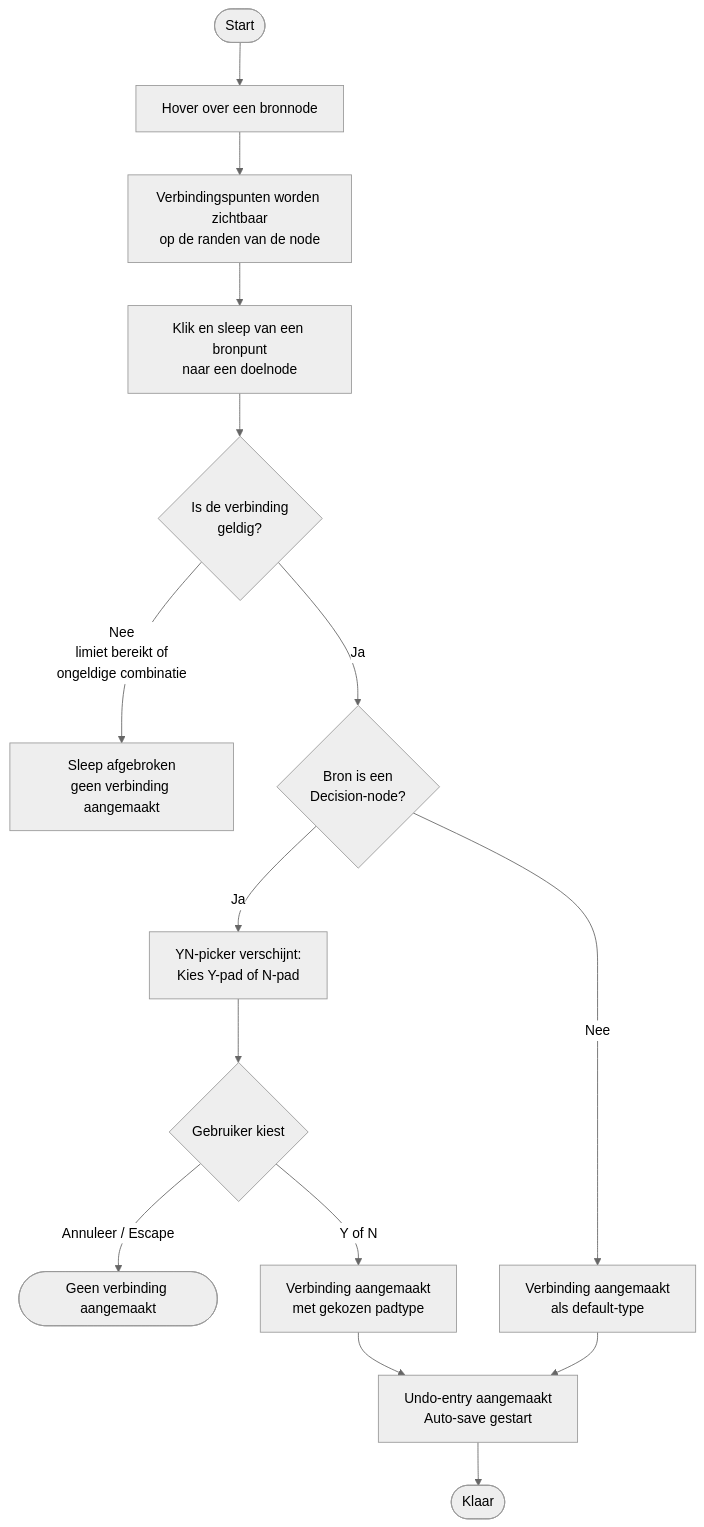
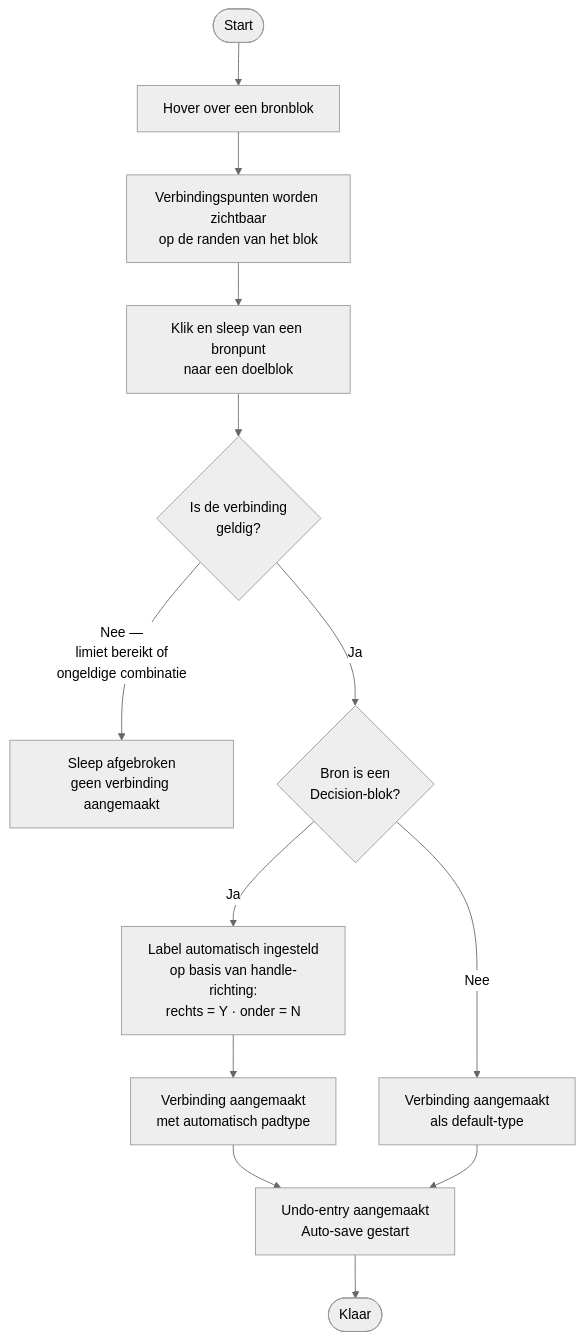
The fifth of 14 diagrams in USERFLOWS.md (GRJX/mmd-flowchart), drawn with Mermaid (neutral theme) before and after one commit. The commit also changed other lines of this file and 1 other file, not shown here.

Commit message:
refactor: update flowchart syntax for clarity and consistency; enhance user flow descriptions

````diff
--- a/USERFLOWS.md
+++ b/USERFLOWS.md
@@ -96,17 +95,15 @@
 ```mermaid
 flowchart TD
-    A([Start]) --> B[Hover over een bronnode]
-    B --> C[Verbindingspunten worden zichtbaar\nop de randen van de node]
-    C --> D[Klik en sleep van een bronpunt\nnaar een doelnode]
-    D --> E{Is de verbinding\ngeldig?}
-    E -- Nee\nlimiet bereikt of\nongeldige combinatie --> F[Sleep afgebroken\ngeen verbinding aangemaakt]
-    E -- Ja --> G{Bron is een\nDecision-node?}
-    G -- Ja --> H[YN-picker verschijnt:\nKies Y-pad of N-pad]
-    H --> I{Gebruiker kiest}
-    I -- Annuleer / Escape --> J([Geen verbinding aangemaakt])
-    I -- Y of N --> K[Verbinding aangemaakt\nmet gekozen padtype]
-    G -- Nee --> L[Verbinding aangemaakt\nals default-type]
-    K --> M[Undo-entry aangemaakt\nAuto-save gestart]
-    L --> M
-    M --> N([Klaar])
+    A([Start]) --> B[Hover over een bronblok]
+    B --> C["Verbindingspunten worden zichtbaar<br>op de randen van het blok"]
+    C --> D["Klik en sleep van een bronpunt<br>naar een doelblok"]
+    D --> E{"Is de verbinding<br>geldig?"}
+    E -- "Nee —<br>limiet bereikt of<br>ongeldige combinatie" --> F["Sleep afgebroken<br>geen verbinding aangemaakt"]
+    E -- Ja --> G{"Bron is een<br>Decision-blok?"}
+    G -- Ja --> H["Label automatisch ingesteld<br>op basis van handle-richting:<br>rechts = Y · onder = N"]
+    H --> I["Verbinding aangemaakt<br>met automatisch padtype"]
+    G -- Nee --> J["Verbinding aangemaakt<br>als default-type"]
+    I --> K["Undo-entry aangemaakt<br>Auto-save gestart"]
+    J --> K
+    K --> L([Klaar])
 ```
````
